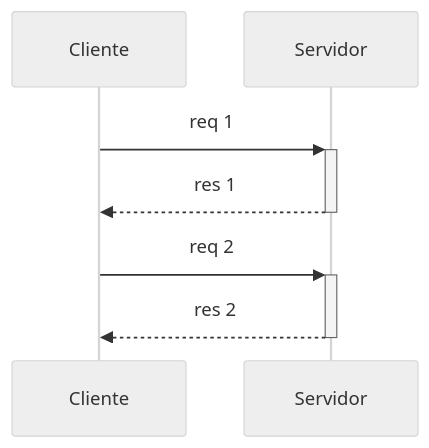
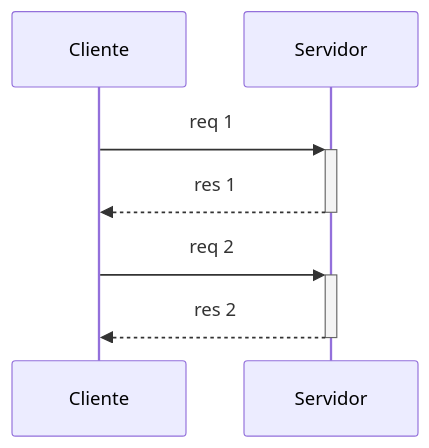
The first of 4 diagrams in src/posts/2024/03/http2-e-http3-explicados.md (alexandrehtrb/alexandrehtrb.github.io), drawn with Mermaid before and after one commit. The commit also changed other lines of this file and 1 other file, not shown here.

Commit message:
article: fix sequence diagram alternating between light and dark mode

````diff
--- a/src/posts/2024/03/http2-e-http3-explicados.md
+++ b/src/posts/2024/03/http2-e-http3-explicados.md
@@ -116,8 +116,7 @@
 ```mermaid
-%%{init: {'theme':'neutral'}}%%
 sequenceDiagram
     Cliente->>+Servidor: req 1
     Servidor-->>-Cliente: res 1
     Cliente->>+Servidor: req 2
     Servidor-->>-Cliente: res 2
 ```
````
